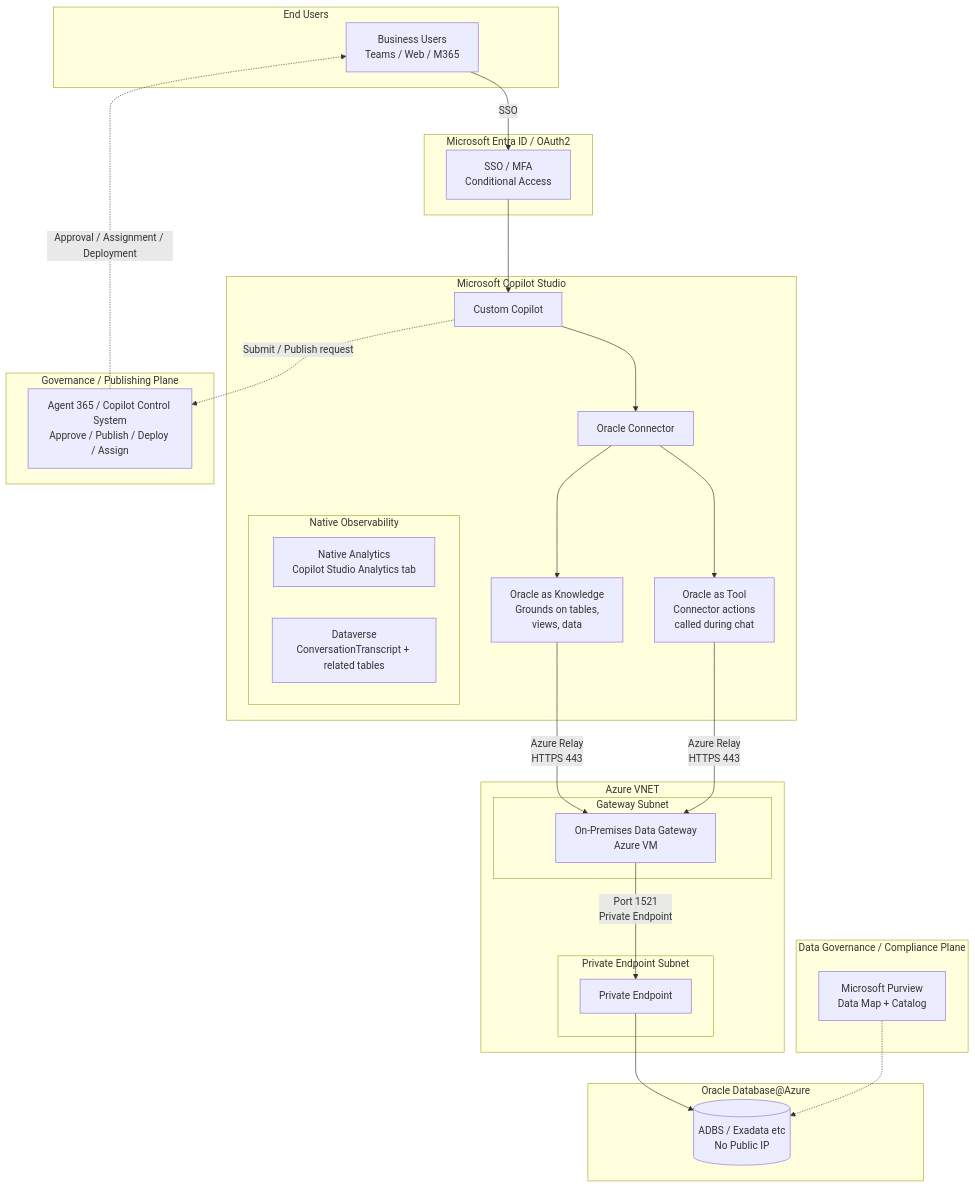
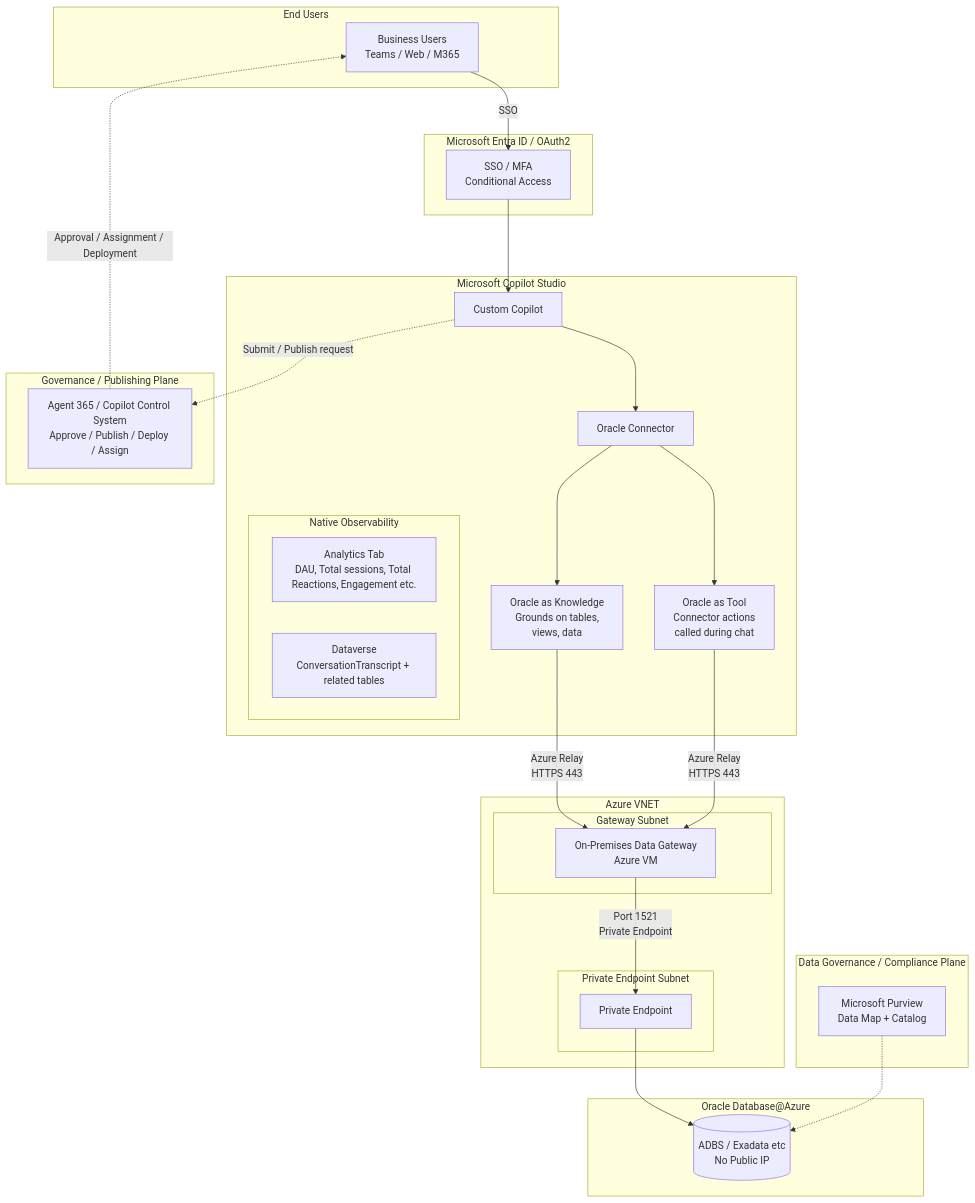
Before and after one commit to ryellajo12/ODAA-AI-Playbook: the first of 10 diagrams in docs/02-reference-architectures.md, drawn with Mermaid.

Commit message:
Update analytics tab description in reference architecture

````diff
--- a/docs/02-reference-architectures.md
+++ b/docs/02-reference-architectures.md
@@ -27,56 +27,56 @@
 ```mermaid
 graph TB
     subgraph Users[End Users]
         BU[Business Users<br/>Teams / Web / M365]
     end
 
     subgraph EntraID[Microsoft Entra ID / OAuth2]
         AUTH[SSO / MFA<br/>Conditional Access]
     end
 
     subgraph CS[Microsoft Copilot Studio]
         COP[Custom Copilot]
         C[Oracle Connector]
         K[Oracle as Knowledge<br/>Grounds on tables,<br/>views, data]
         T[Oracle as Tool<br/>Connector actions<br/>called during chat]
         subgraph OBS[Native Observability]
-            AN[Native Analytics<br/>Copilot Studio Analytics tab]
+            AN[Analytics Tab<br/>DAU, Total sessions, Total Reactions, Engagement etc.]
             DV[Dataverse<br/>ConversationTranscript + related tables]
         end
     end
 
     subgraph PURV[Data Governance / Compliance Plane]
         PURVIEW[Microsoft Purview<br/>Data Map + Catalog]
     end
 
     subgraph GOV[Governance / Publishing Plane]
         A365[Agent 365 / Copilot Control System<br/>Approve / Publish / Deploy / Assign]
     end
 
     subgraph VNET[Azure VNET]
         subgraph GWSub[Gateway Subnet]
             GATEWAY[On-Premises Data Gateway<br/>Azure VM]
         end
         subgraph PESub[Private Endpoint Subnet]
             PE[Private Endpoint]
         end
     end
 
     subgraph ODA[Oracle Database@Azure]
         DB[(ADBS / Exadata etc<br/>No Public IP)]
     end
 
     BU -->|SSO| AUTH
     AUTH --> COP
     COP --> C
     C --> K
     C --> T
     K -->|Azure Relay<br/>HTTPS 443| GATEWAY
     T -->|Azure Relay<br/>HTTPS 443| GATEWAY
     GATEWAY -->|Port 1521<br/>Private Endpoint| PE
     PE --> DB
 
     COP -.->|Submit / Publish request| A365
     A365 -.->|Approval / Assignment / Deployment| BU
     PURVIEW -.-> DB
 ```
````
